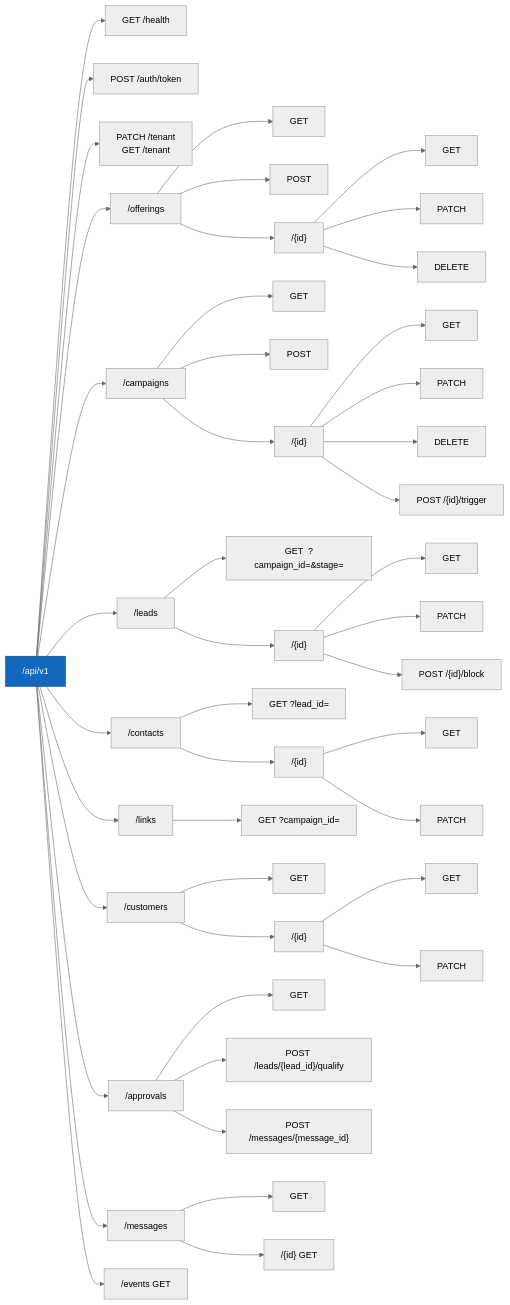
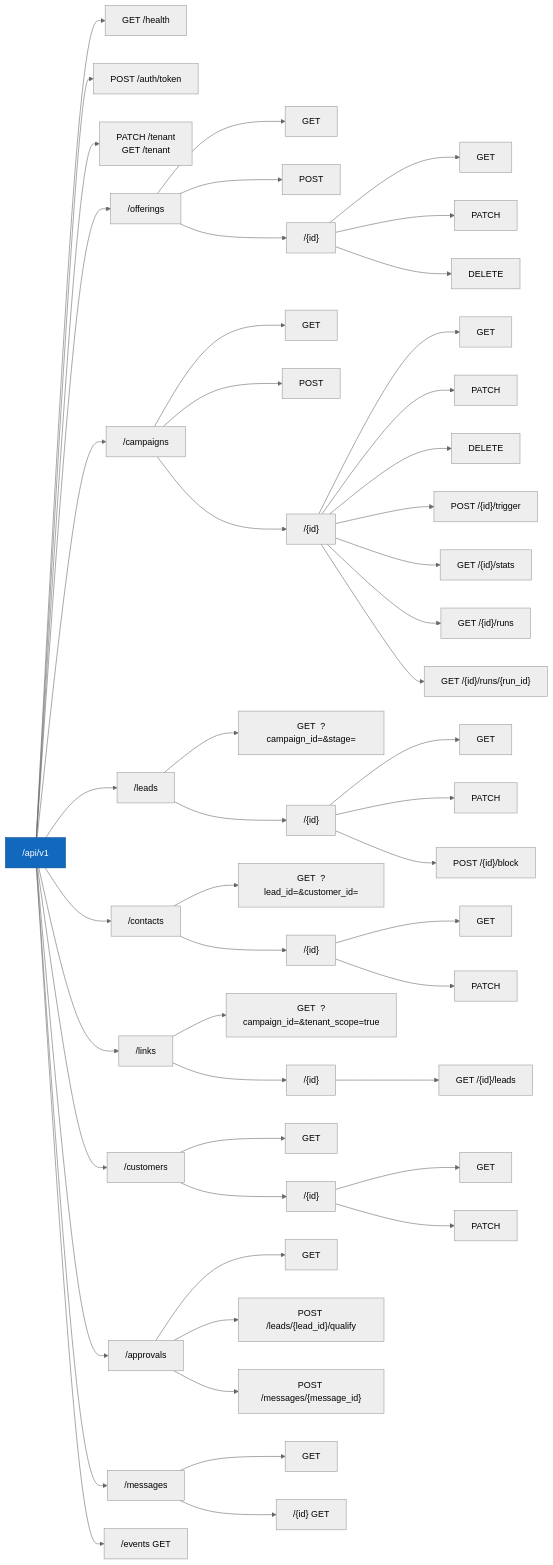
The first of 5 diagrams in spec/product/09-api.md (smallTechOrg/sales-agent), drawn with Mermaid (neutral theme) before and after one commit. The commit also changed other lines of this file and 26 other files, not shown here.

````diff
--- a/spec/product/09-api.md
+++ b/spec/product/09-api.md
@@ -32,61 +32,66 @@
 ```mermaid
 flowchart LR
     root["/api/v1"]
 
     root --> health["GET /health"]
     root --> auth["POST /auth/token"]
 
     root --> tenant["PATCH /tenant\nGET /tenant"]
 
     root --> offerings["/offerings"]
     offerings --> off_list["GET"]
     offerings --> off_create["POST"]
     offerings --> off_id[" /{id}"]
     off_id --> off_get["GET"]
     off_id --> off_patch["PATCH"]
     off_id --> off_del["DELETE"]
 
     root --> campaigns["/campaigns"]
     campaigns --> camp_list["GET"]
     campaigns --> camp_create["POST"]
     campaigns --> camp_id["/{id}"]
     camp_id --> camp_get["GET"]
     camp_id --> camp_patch["PATCH"]
     camp_id --> camp_del["DELETE"]
     camp_id --> camp_trigger["POST /{id}/trigger"]
+    camp_id --> camp_stats["GET /{id}/stats"]
+    camp_id --> camp_runs["GET /{id}/runs"]
+    camp_id --> camp_run_id["GET /{id}/runs/{run_id}"]
 
     root --> leads["/leads"]
     leads --> lead_list["GET  ?campaign_id=&stage="]
     leads --> lead_id["/{id}"]
     lead_id --> lead_get["GET"]
     lead_id --> lead_patch["PATCH"]
     lead_id --> lead_block["POST /{id}/block"]
 
     root --> contacts["/contacts"]
-    contacts --> cont_list["GET  ?lead_id="]
+    contacts --> cont_list["GET  ?lead_id=&customer_id="]
     contacts --> cont_id["/{id}"]
     cont_id --> cont_get["GET"]
     cont_id --> cont_patch["PATCH"]
 
     root --> links["/links"]
-    links --> link_list["GET  ?campaign_id="]
+    links --> link_list["GET  ?campaign_id=&tenant_scope=true"]
+    links --> link_id["/{id}"]
+    link_id --> link_leads["GET /{id}/leads"]
 
     root --> customers["/customers"]
     customers --> cust_list["GET"]
     customers --> cust_id["/{id}"]
     cust_id --> cust_get["GET"]
     cust_id --> cust_patch["PATCH"]
 
     root --> approvals["/approvals"]
     approvals --> appr_list["GET"]
     approvals --> appr_qual["POST /leads/{lead_id}/qualify"]
     approvals --> appr_msg["POST /messages/{message_id}"]
 
     root --> messages["/messages"]
     messages --> msg_list["GET"]
     messages --> msg_id["/{id}  GET"]
 
     root --> events["/events  GET"]
 
     style root fill:#1168bd,color:#fff,stroke:#0b4884
 ```
````
